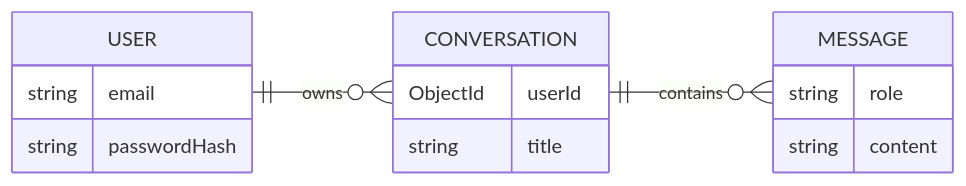
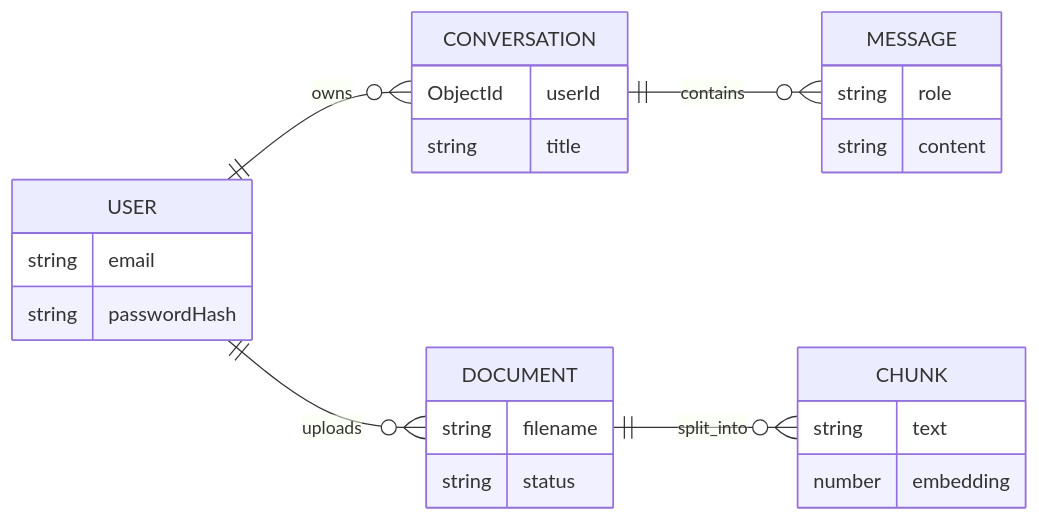
The fourth of 4 diagrams in README.md (Milind300/docuchat), drawn with Mermaid before and after one commit. The commit also changed other lines of this file, not shown here.

````diff
--- a/README.md
+++ b/README.md
@@ -100,18 +131,28 @@
 ```mermaid
 erDiagram
   direction LR
   USER ||--o{ CONVERSATION : owns
   CONVERSATION ||--o{ MESSAGE : contains
+  USER ||--o{ DOCUMENT : uploads
+  DOCUMENT ||--o{ CHUNK : split_into
   USER {
     string email
     string passwordHash
   }
   CONVERSATION {
     ObjectId userId
     string title
   }
   MESSAGE {
     string role
     string content
   }
+  DOCUMENT {
+    string filename
+    string status
+  }
+  CHUNK {
+    string text
+    number embedding
+  }
 ```
````
